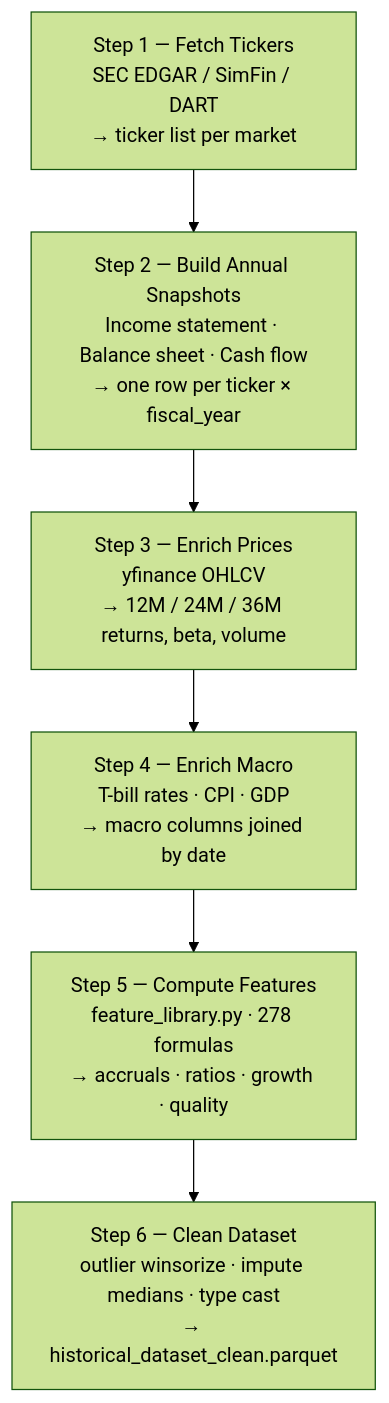
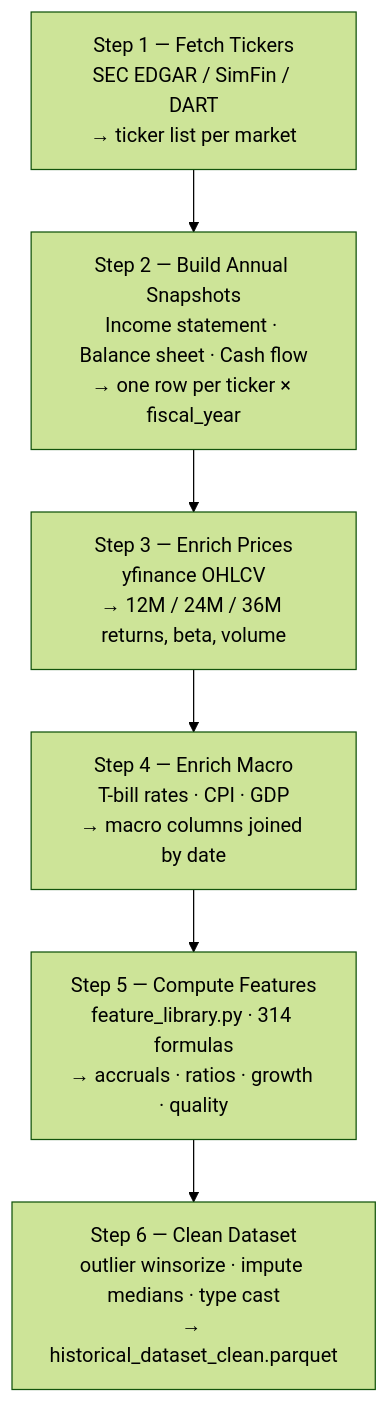
The diagram in docs/methodology/pipeline.md (sherlock718/stock-fraud-screener), drawn with Mermaid (forest theme) before and after one commit. The commit also changed other lines of this file and 9 other files, not shown here.

````diff
--- a/docs/methodology/pipeline.md
+++ b/docs/methodology/pipeline.md
@@ -7,11 +7,11 @@
 ```mermaid
 flowchart TD
     S1["Step 1 — Fetch Tickers<br/>SEC EDGAR / SimFin / DART<br/>→ ticker list per market"]
     S2["Step 2 — Build Annual Snapshots<br/>Income statement · Balance sheet · Cash flow<br/>→ one row per ticker × fiscal_year"]
     S3["Step 3 — Enrich Prices<br/>yfinance OHLCV<br/>→ 12M / 24M / 36M returns, beta, volume"]
     S4["Step 4 — Enrich Macro<br/>T-bill rates · CPI · GDP<br/>→ macro columns joined by date"]
-    S5["Step 5 — Compute Features<br/>feature_library.py · 278 formulas<br/>→ accruals · ratios · growth · quality"]
+    S5["Step 5 — Compute Features<br/>feature_library.py · 314 formulas<br/>→ accruals · ratios · growth · quality"]
     S6["Step 6 — Clean Dataset<br/>outlier winsorize · impute medians · type cast<br/>→ historical_dataset_clean.parquet"]
 
     S1 --> S2 --> S3 --> S4 --> S5 --> S6
 ```
````
